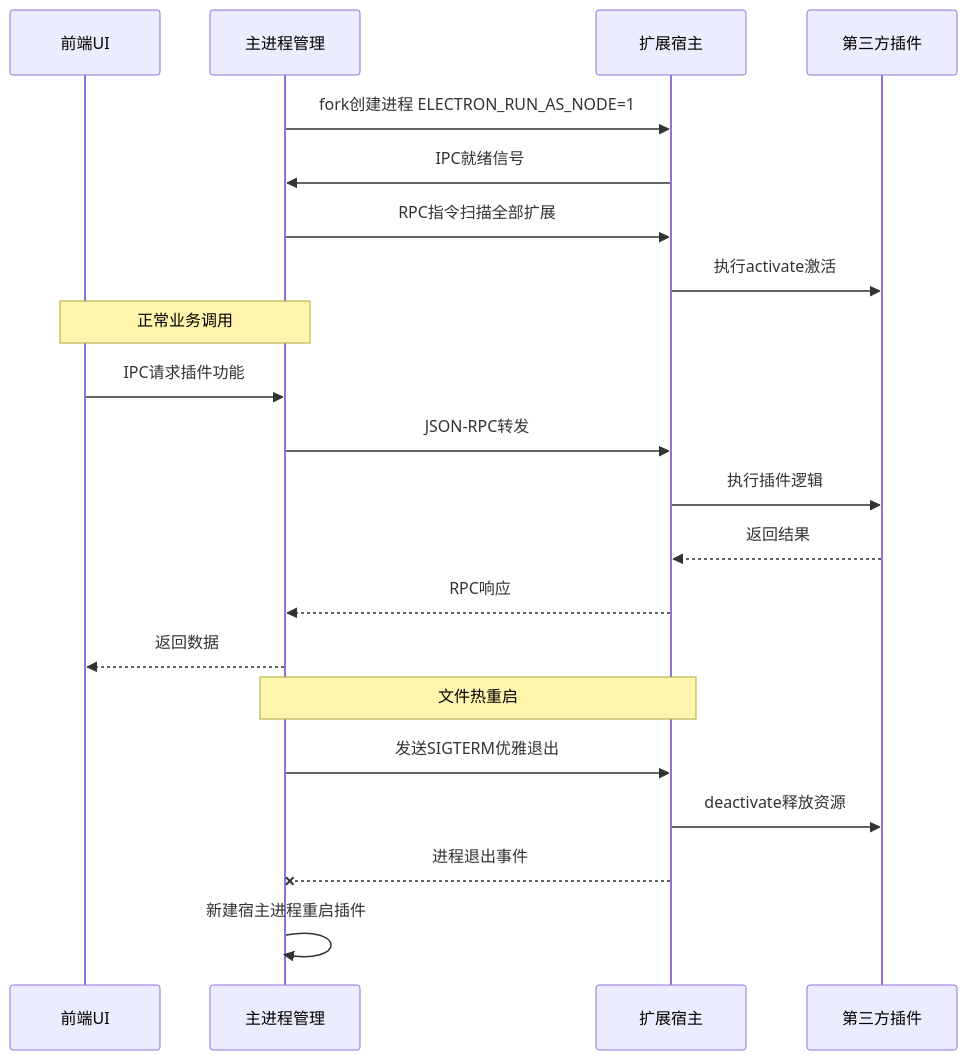
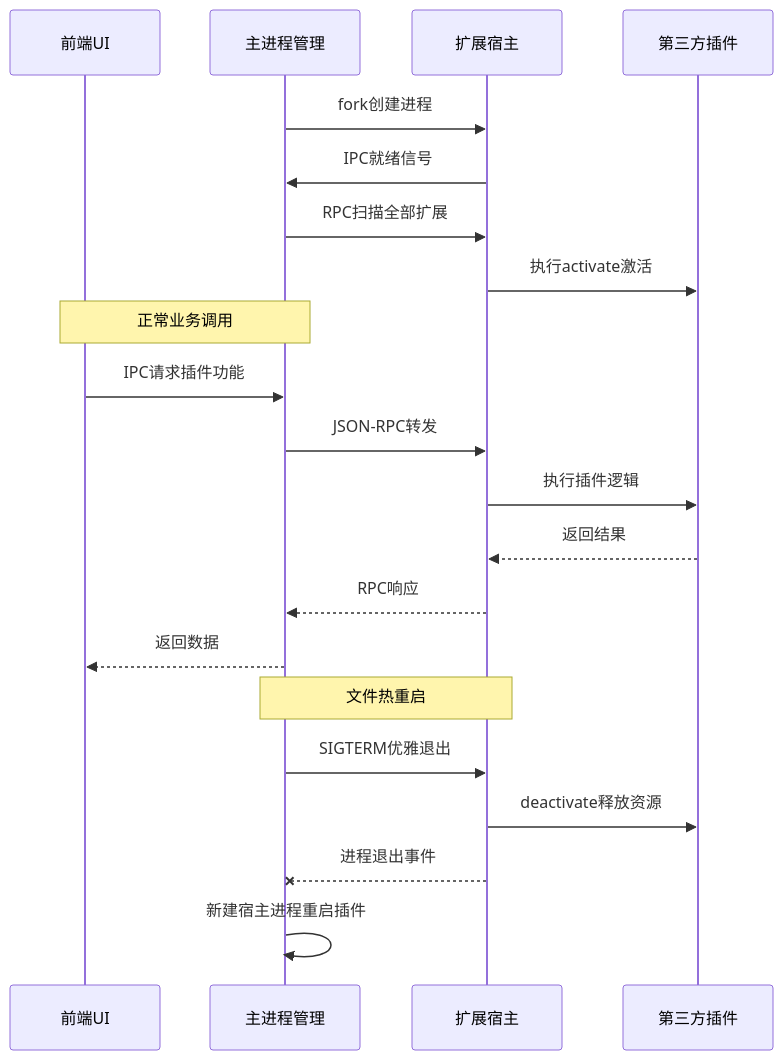
The third of 8 diagrams in README.md (chongyin10/ideaCode), drawn with Mermaid before and after one commit. The commit also changed other lines of this file, not shown here.

````diff
--- a/README.md
+++ b/README.md
@@ -183,23 +183,23 @@
 ```mermaid
 sequenceDiagram
     participant UI as 前端UI
     participant Main as 主进程管理
     participant Host as 扩展宿主
     participant Ext as 第三方插件
-    Main->>Host: fork创建进程 ELECTRON_RUN_AS_NODE=1
+    Main->>Host: fork创建进程
     Host->>Main: IPC就绪信号
-    Main->>Host: RPC指令扫描全部扩展
+    Main->>Host: RPC扫描全部扩展
     Host->>Ext: 执行activate激活
     Note over UI,Main: 正常业务调用
     UI->>Main: IPC请求插件功能
     Main->>Host: JSON-RPC转发
     Host->>Ext: 执行插件逻辑
     Ext-->>Host: 返回结果
     Host-->>Main: RPC响应
     Main-->>UI: 返回数据
     Note over Main,Host: 文件热重启
-    Main->>Host: 发送SIGTERM优雅退出
+    Main->>Host: SIGTERM优雅退出
     Host->>Ext: deactivate释放资源
     Host--x Main: 进程退出事件
     Main->>Main: 新建宿主进程重启插件
 ```
````
